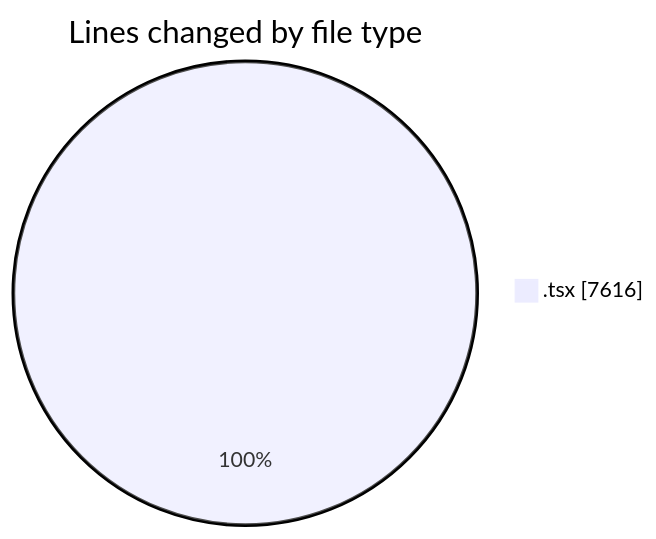
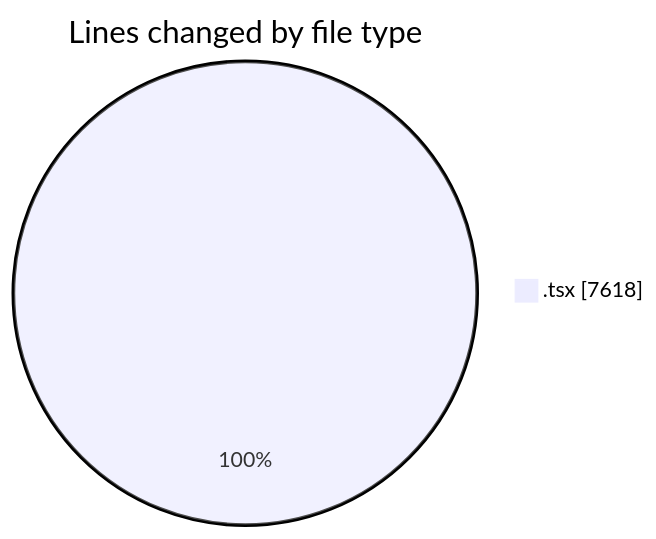
One commit to nxtqubesakshisongat/code-tracking changed the first of 2 diagrams in 2026-08-24/nxtqube_webapp/README.md. Above: the diagram before and after it, drawn with Mermaid. The commit also changed other lines of this file and 1 other file, not shown here.

````diff
--- a/2026-08-24/nxtqube_webapp/README.md
+++ b/2026-08-24/nxtqube_webapp/README.md
@@ -33,5 +33,5 @@
 ```mermaid
 pie showData
 title Lines changed by file type
-".tsx" : 7616
+".tsx" : 7618
 ```
````
